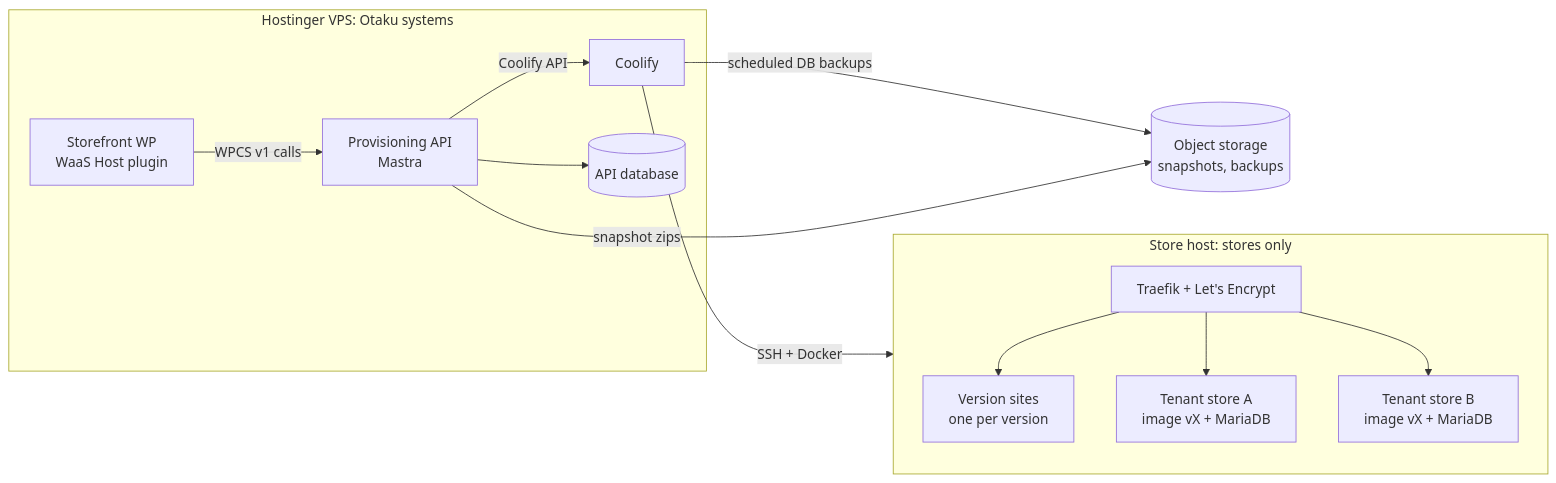
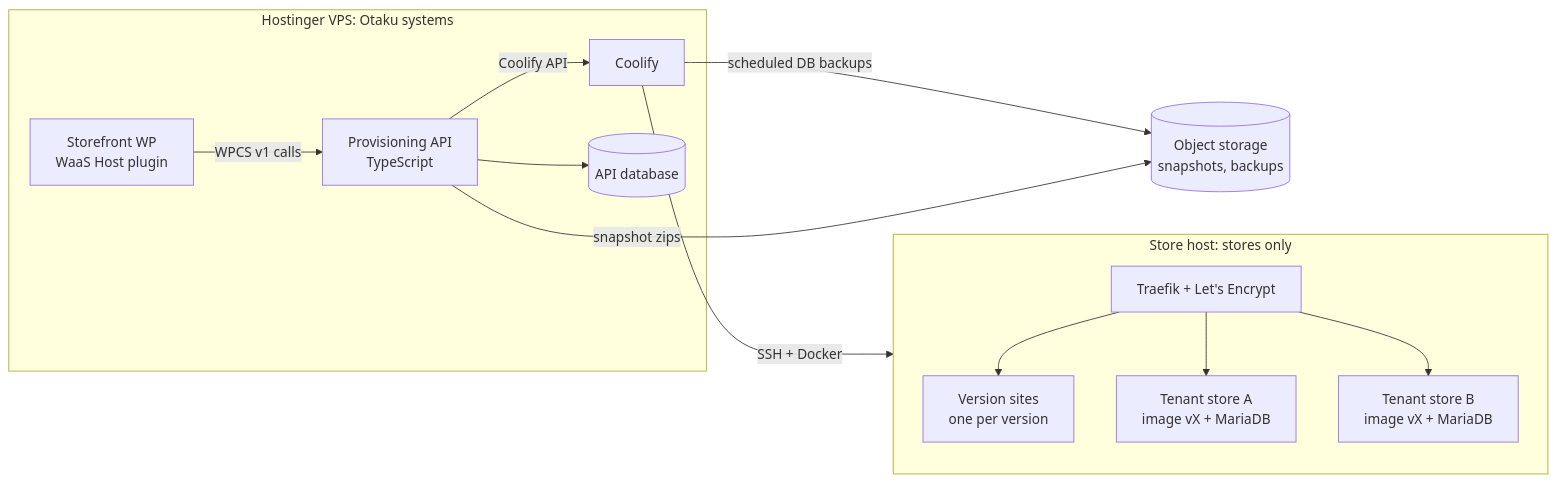
Before and after one commit to hamchowderr/waas-provisioning-api: the diagram in docs/hosting.md, drawn with Mermaid.

Commit message:
docs(hosting): provisioning API is TypeScript, not Mastra
Claude-Session: https://claude.ai/code/session_0182RJnckwgH7skFkGVkBRsq

````diff
--- a/docs/hosting.md
+++ b/docs/hosting.md
@@ -19,23 +19,23 @@
 ```mermaid
 flowchart LR
   subgraph H[Hostinger VPS: Otaku systems]
     SF[Storefront WP<br/>WaaS Host plugin]
-    API[Provisioning API<br/>Mastra]
+    API[Provisioning API<br/>TypeScript]
     CO[Coolify]
     REG[(API database)]
   end
   subgraph S[Store host: stores only]
     PX[Traefik + Let's Encrypt]
     VE[Version sites<br/>one per version]
     T1[Tenant store A<br/>image vX + MariaDB]
     T2[Tenant store B<br/>image vX + MariaDB]
   end
   OBJ[(Object storage<br/>snapshots, backups)]
   SF -- WPCS v1 calls --> API
   API -- Coolify API --> CO
   CO -- SSH + Docker --> S
   API --> REG
   CO -- scheduled DB backups --> OBJ
   API -- snapshot zips --> OBJ
   PX --> VE & T1 & T2
 ```
````
